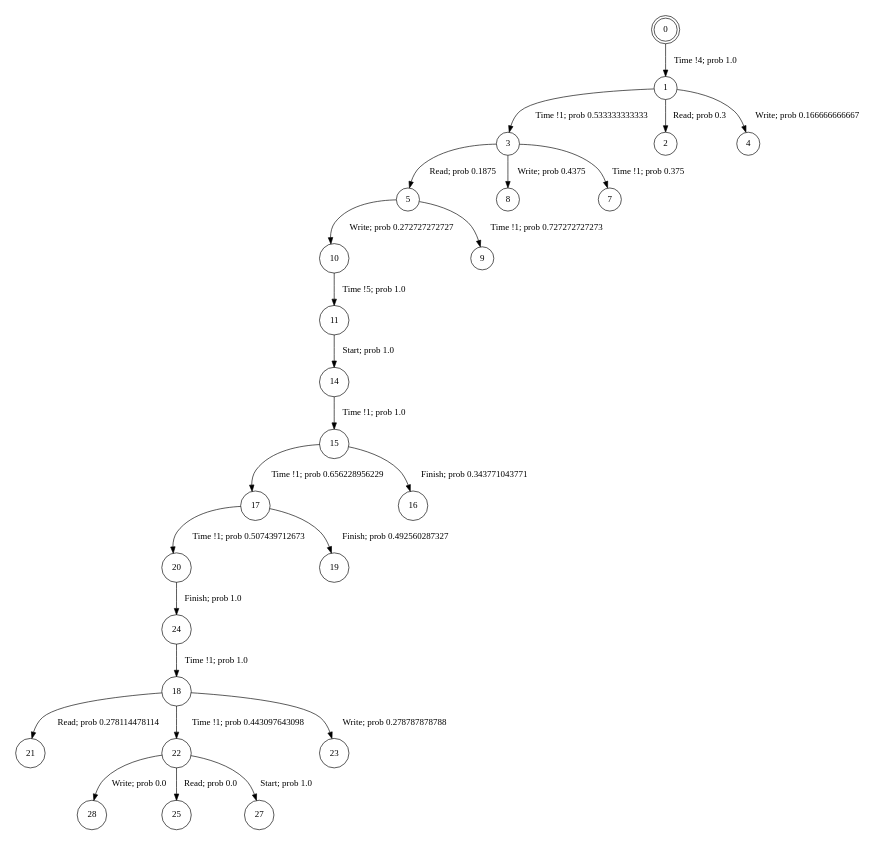
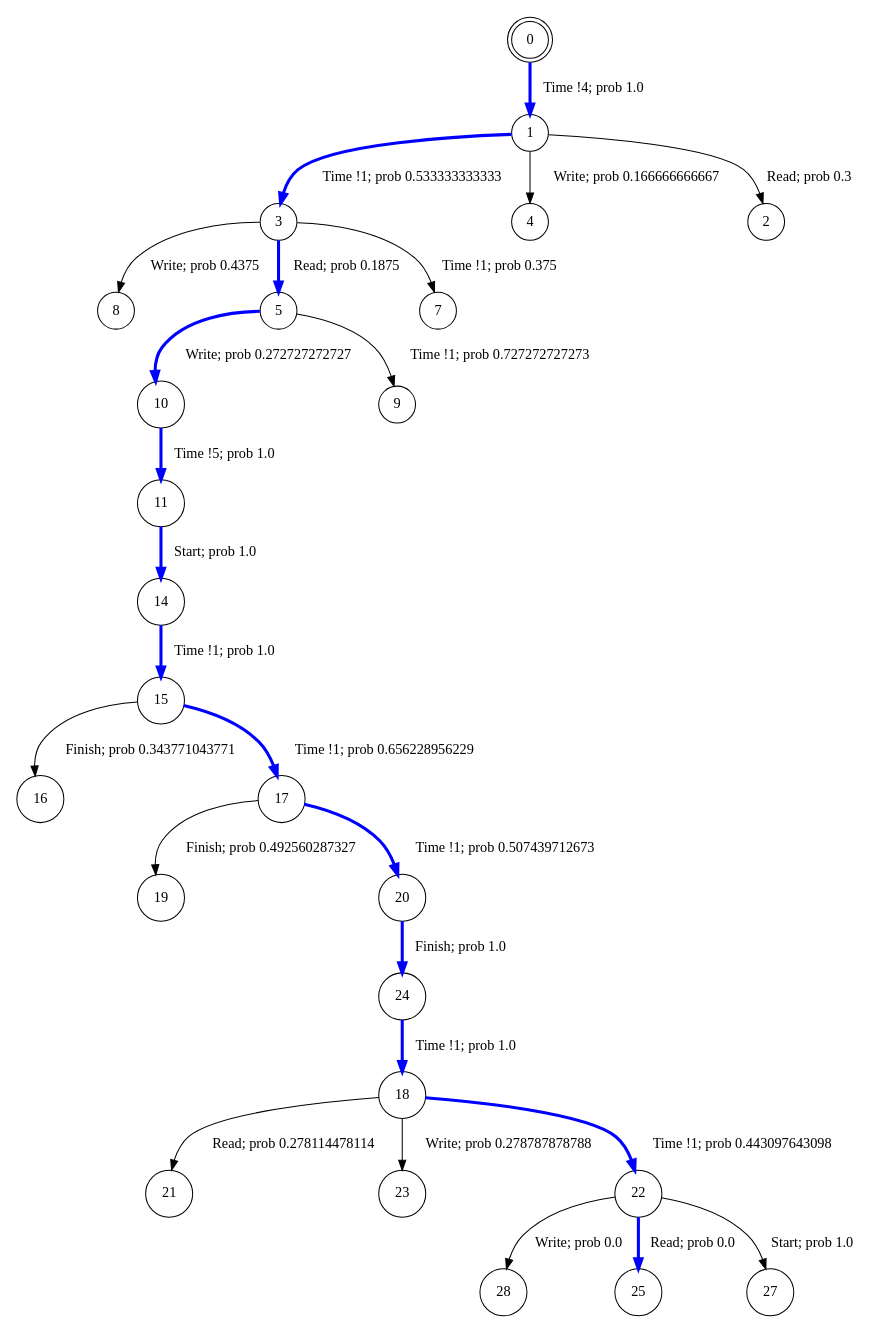
Before and after one commit to irmanfaqrizal/ptsv: the diagram in state-space-analysis/experiments/results/tpts-execution-4.dot, drawn with Graphviz. The commit also changed 25 other files, not shown here.

```diff
--- a/state-space-analysis/experiments/results/tpts-execution-4.dot
+++ b/state-space-analysis/experiments/results/tpts-execution-4.dot
@@ -1,30 +1,30 @@
 digraph BCG {
 size = "7, 10.5";
 center = TRUE;
 node [shape = circle];
 0 [peripheries = 2];
-0 -> 1  [label = "Time !4; prob 1.0"];
-1 -> 3  [label = "Time !1; prob 0.533333333333"];
+0 -> 1  [label = "Time !4; prob 1.0", color = "blue", penwidth=3];
+1 -> 3  [label = "Time !1; prob 0.533333333333", color = "blue", penwidth=3];
+1 -> 4  [label = "Write; prob 0.166666666667"];
 1 -> 2  [label = "Read; prob 0.3"];
-1 -> 4  [label = "Write; prob 0.166666666667"];
-3 -> 5  [label = "Read; prob 0.1875"];
 3 -> 8  [label = "Write; prob 0.4375"];
+3 -> 5  [label = "Read; prob 0.1875", color = "blue", penwidth=3];
 3 -> 7  [label = "Time !1; prob 0.375"];
-5 -> 10  [label = "Write; prob 0.272727272727"];
+5 -> 10  [label = "Write; prob 0.272727272727", color = "blue", penwidth=3];
 5 -> 9  [label = "Time !1; prob 0.727272727273"];
-10 -> 11  [label = "Time !5; prob 1.0"];
-11 -> 14  [label = "Start; prob 1.0"];
-14 -> 15  [label = "Time !1; prob 1.0"];
-15 -> 17  [label = "Time !1; prob 0.656228956229"];
+10 -> 11  [label = "Time !5; prob 1.0", color = "blue", penwidth=3];
+11 -> 14  [label = "Start; prob 1.0", color = "blue", penwidth=3];
+14 -> 15  [label = "Time !1; prob 1.0", color = "blue", penwidth=3];
 15 -> 16  [label = "Finish; prob 0.343771043771"];
-17 -> 20  [label = "Time !1; prob 0.507439712673"];
+15 -> 17  [label = "Time !1; prob 0.656228956229", color = "blue", penwidth=3];
 17 -> 19  [label = "Finish; prob 0.492560287327"];
+17 -> 20  [label = "Time !1; prob 0.507439712673", color = "blue", penwidth=3];
 18 -> 21  [label = "Read; prob 0.278114478114"];
-18 -> 22  [label = "Time !1; prob 0.443097643098"];
 18 -> 23  [label = "Write; prob 0.278787878788"];
-20 -> 24  [label = "Finish; prob 1.0"];
+18 -> 22  [label = "Time !1; prob 0.443097643098", color = "blue", penwidth=3];
+20 -> 24  [label = "Finish; prob 1.0", color = "blue", penwidth=3];
 22 -> 28  [label = "Write; prob 0.0"];
-22 -> 25  [label = "Read; prob 0.0"];
+22 -> 25  [label = "Read; prob 0.0", color = "blue", penwidth=3];
 22 -> 27  [label = "Start; prob 1.0"];
-24 -> 18  [label = "Time !1; prob 1.0"];
+24 -> 18  [label = "Time !1; prob 1.0", color = "blue", penwidth=3];
 }
```
